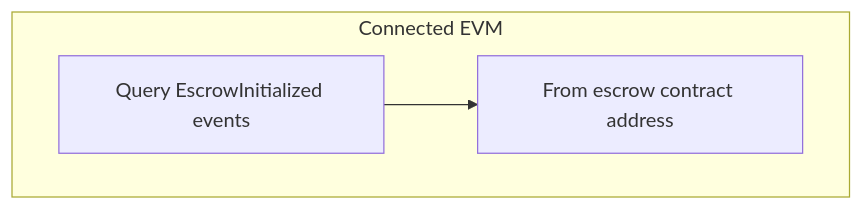
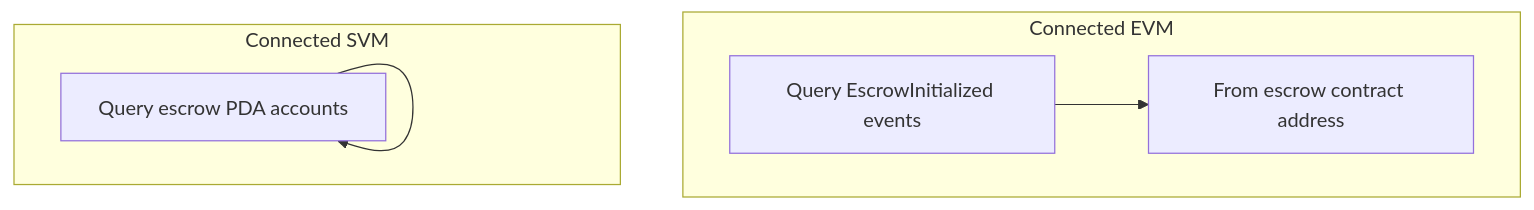
One commit to MoveIndustries/int3nts changed the second of 2 diagrams in docs/trusted-verifier/guide.md. Above: the diagram before and after it, drawn with Mermaid. The commit also changed other lines of this file and 19 other files, not shown here.

````diff
--- a/docs/trusted-verifier/guide.md
+++ b/docs/trusted-verifier/guide.md
@@ -61,8 +63,13 @@
 ```mermaid
 flowchart TD
     subgraph ConnectedEVM["Connected EVM"]
         E1[Query EscrowInitialized events]
         E2[From escrow contract address]
         E1 --> E2
     end
+
+    subgraph ConnectedSVM["Connected SVM"]
+        S1[Query escrow PDA accounts]
+        S1 --> S1
+    end
 ```
````
